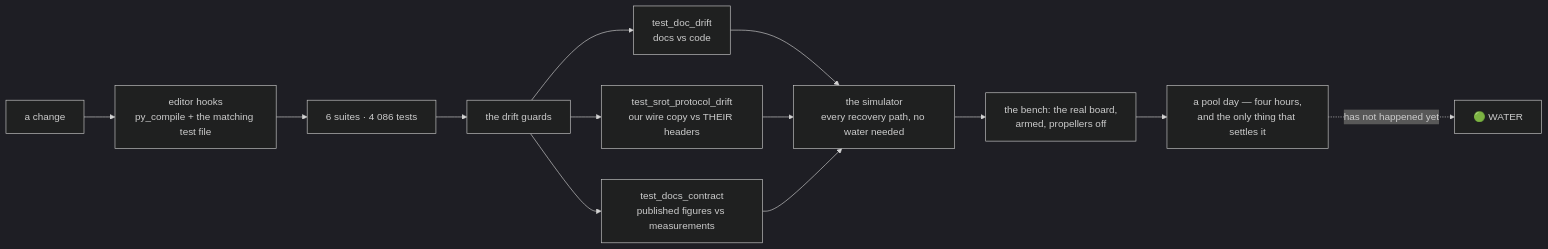
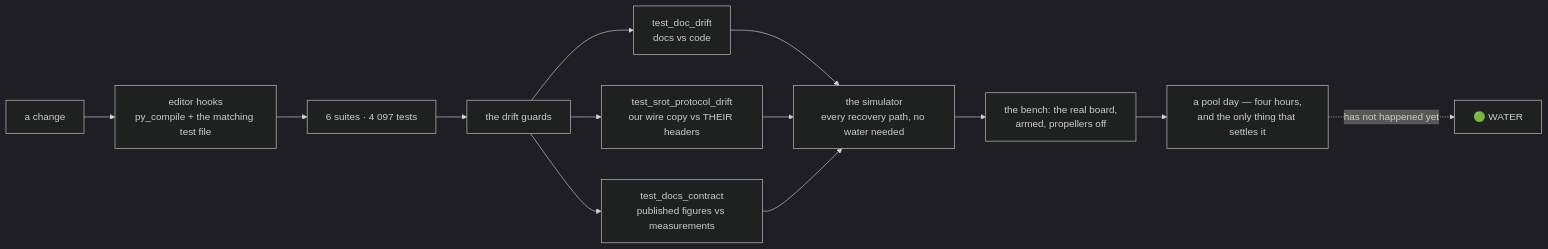
The ninth of 10 diagrams in README.md (fh1m/mongla_ws), drawn with Mermaid (dark theme) before and after one commit. The commit also changed other lines of this file and 9 other files, not shown here.

````diff
--- a/README.md
+++ b/README.md
@@ -752,15 +752,15 @@
 ```mermaid
 flowchart LR
     DEV["a change"] --> HOOK["editor hooks<br/>py_compile + the matching test file"]
-    HOOK --> UNIT["6 suites · 4 086 tests"]
+    HOOK --> UNIT["6 suites · 4 097 tests"]
     UNIT --> GUARD["the drift guards"]
     GUARD --> G1["test_doc_drift<br/>docs vs code"]
     GUARD --> G2["test_srot_protocol_drift<br/>our wire copy vs THEIR headers"]
     GUARD --> G3["test_docs_contract<br/>published figures vs measurements"]
     G1 --> SIM["the simulator<br/>every recovery path, no water needed"]
     G2 --> SIM
     G3 --> SIM
     SIM --> BENCH["the bench: the real board,<br/>armed, propellers off"]
     BENCH --> POOL["a pool day — four hours,<br/>and the only thing that settles it"]
     POOL -.->|"has not happened yet"| WATER["🟢 WATER"]
 ```
````
